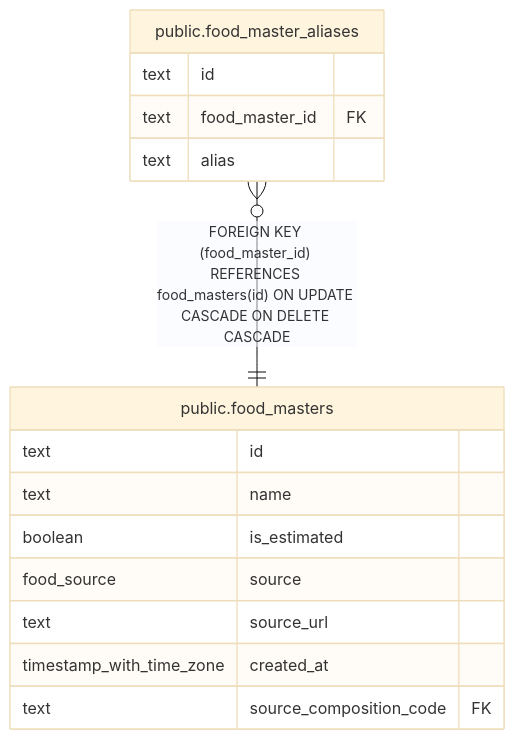
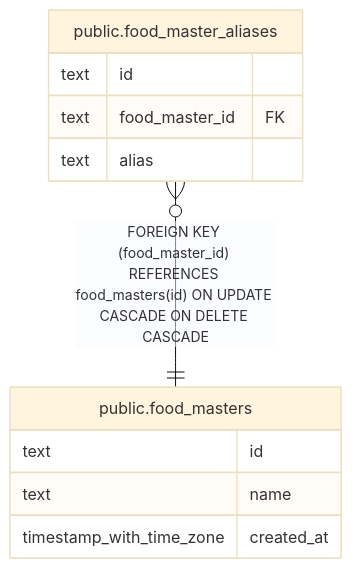
One commit to fohte/meshi changed the diagram in docs/db/public.food_master_aliases.md. Above: the diagram before and after it, drawn with Mermaid (base theme). The commit also changed 28 other files, not shown here.

````diff
--- a/docs/db/public.food_master_aliases.md
+++ b/docs/db/public.food_master_aliases.md
@@ -36,20 +36,16 @@
 ```mermaid
 erDiagram
 
 "public.food_master_aliases" }o--|| "public.food_masters" : "FOREIGN KEY (food_master_id) REFERENCES food_masters(id) ON UPDATE CASCADE ON DELETE CASCADE"
 
 "public.food_master_aliases" {
   text id
   text food_master_id FK
   text alias
 }
 "public.food_masters" {
   text id
   text name
-  boolean is_estimated
-  food_source source
-  text source_url
   timestamp_with_time_zone created_at
-  text source_composition_code FK
 }
 ```
````
